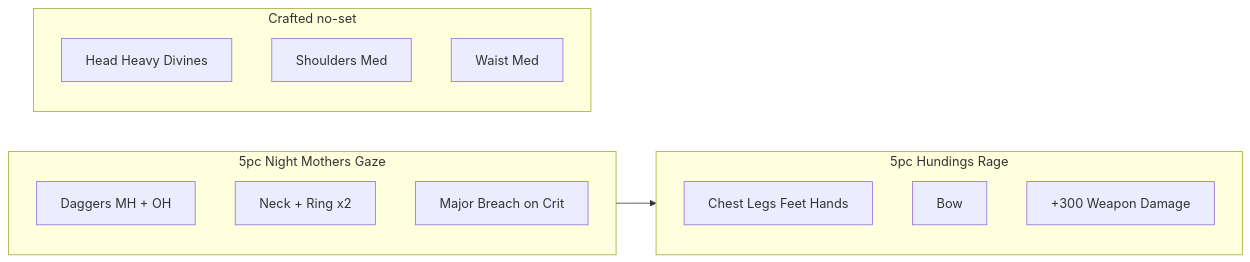
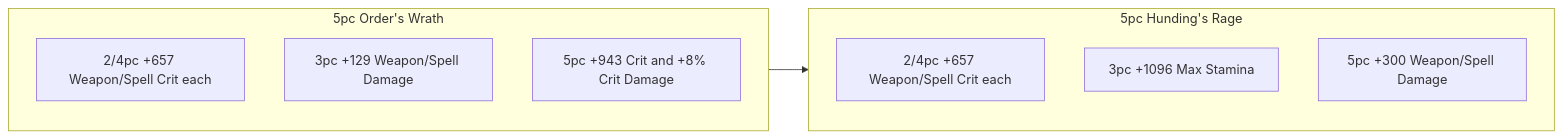
Before and after one commit to solaegis/CharacterMarkdown: the third of 3 diagrams in examples/solaegis/na/heka_ankh_plan.md, drawn with Mermaid. The commit also changed other lines of this file and 20 other files, not shown here.

````diff
--- a/examples/solaegis/na/heka_ankh_plan.md
+++ b/examples/solaegis/na/heka_ankh_plan.md
@@ -199,19 +197,14 @@
 ```mermaid
 graph LR
-    subgraph NightMothers ["5pc Night Mothers Gaze"]
-        N1["Daggers MH + OH"]
-        N2["Neck + Ring x2"]
-        N3["Major Breach on Crit"]
+    subgraph OrdersWrath ["5pc Order's Wrath"]
+        O1["2/4pc +657 Weapon/Spell Crit each"]
+        O2["3pc +129 Weapon/Spell Damage"]
+        O3["5pc +943 Crit and +8% Crit Damage"]
     end
-    subgraph Hundings ["5pc Hundings Rage"]
-        H1["Chest Legs Feet Hands"]
-        H2["Bow"]
-        H3["+300 Weapon Damage"]
+    subgraph Hundings ["5pc Hunding's Rage"]
+        H1["2/4pc +657 Weapon/Spell Crit each"]
+        H2["3pc +1096 Max Stamina"]
+        H3["5pc +300 Weapon/Spell Damage"]
     end
-    subgraph Crafted ["Crafted no-set"]
-        C1["Head Heavy Divines"]
-        C2["Shoulders Med"]
-        C3["Waist Med"]
-    end
-    NightMothers --> Hundings
+    OrdersWrath --> Hundings
 ```
````
